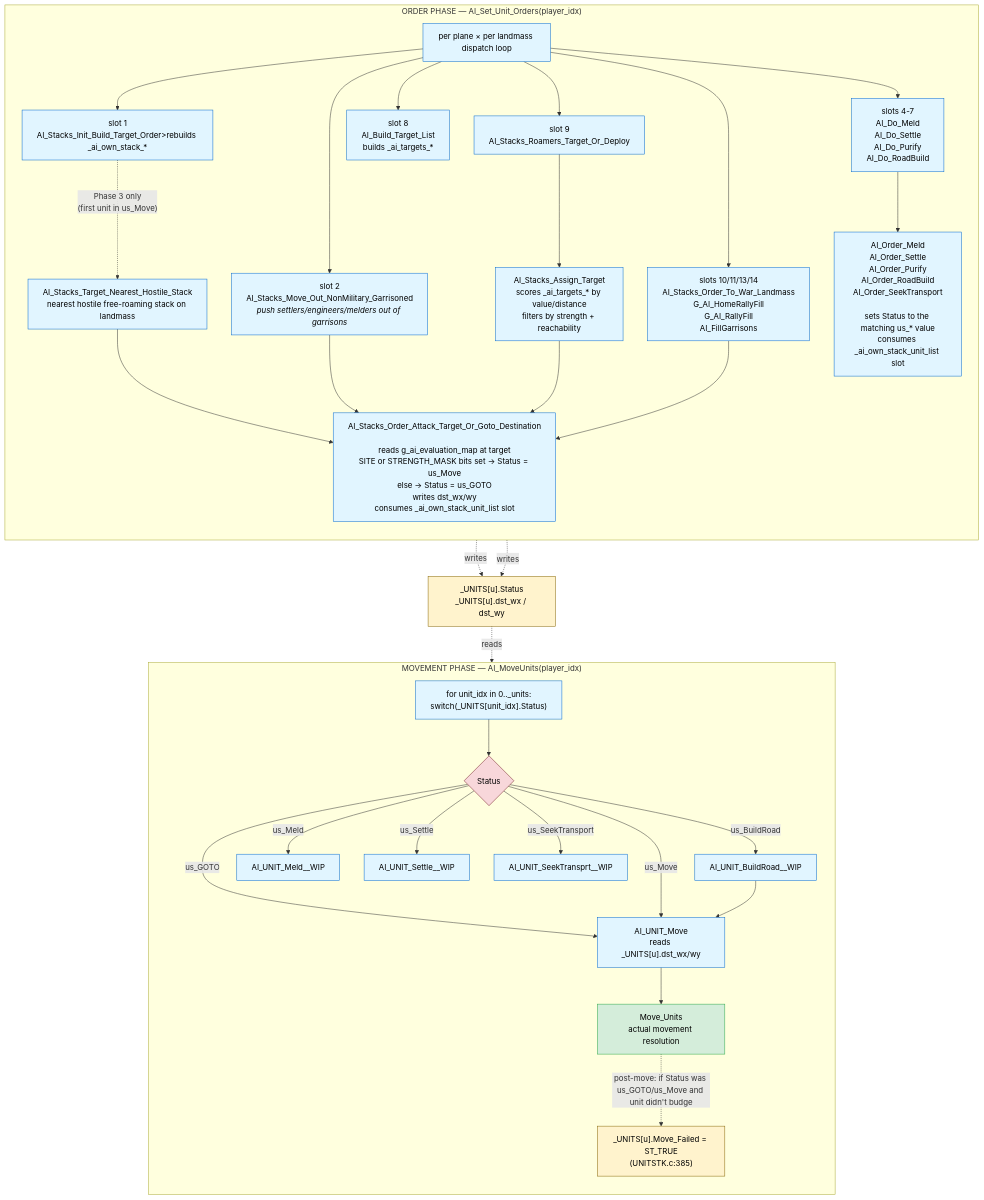
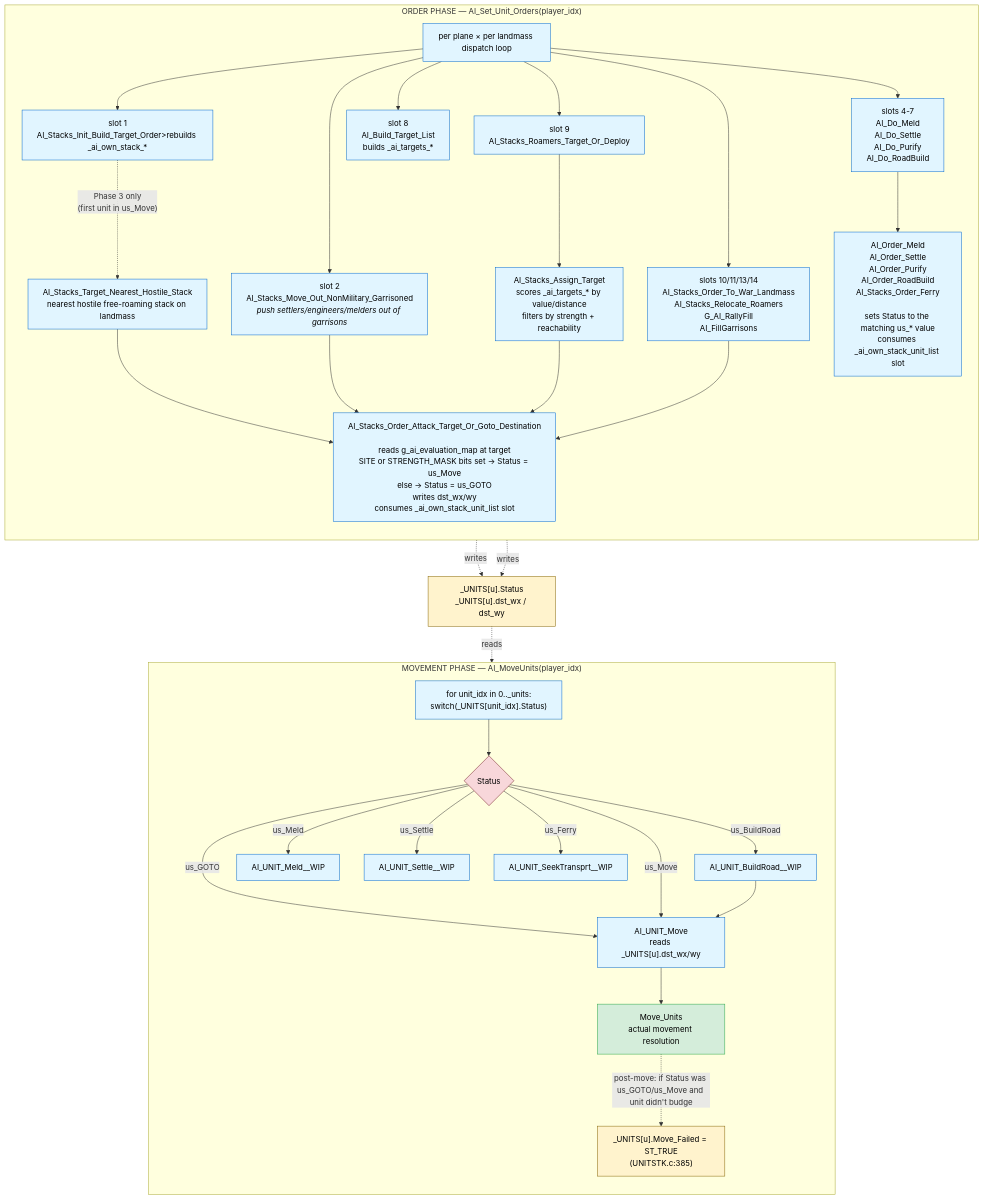
The second of 3 diagrams in doc/ComputerPlayer/AI-Turn-Diagrams.md (jbalcomb/ReMoM), drawn with Mermaid before and after one commit. The commit also changed other lines of this file and 25 other files, not shown here.

Commit message:
done-done AI_Stacks_Relocate_Roamers()

````diff
--- a/doc/ComputerPlayer/AI-Turn-Diagrams.md
+++ b/doc/ComputerPlayer/AI-Turn-Diagrams.md
@@ -39,56 +39,56 @@
 ```mermaid
 flowchart TD
     classDef phase fill:#f5f5f5,stroke:#666,stroke-width:2px,color:#000
     classDef func fill:#e1f5ff,stroke:#0066cc,color:#000
     classDef state fill:#fff3cd,stroke:#856404,color:#000
     classDef terminal fill:#d4edda,stroke:#28a745,color:#000
     classDef gate fill:#f8d7da,stroke:#721c24,color:#000
 
     subgraph PhaseOrders["ORDER PHASE — AI_Set_Unit_Orders(player_idx)"]
         direction TB
         Dispatch["per plane × per landmass dispatch loop"]:::func
 
         Dispatch --> Slot1["slot 1<br/>AI_Stacks_Init_Build_Target_Order>rebuilds _ai_own_stack_*</i>"]:::func
         Dispatch --> Slot2["slot 2<br/>AI_Stacks_Move_Out_NonMilitary_Garrisoned<br/><i>push settlers/engineers/melders out of garrisons</i>"]:::func
         Dispatch --> Slots4_7["slots 4-7<br/>AI_Do_Meld<br/>AI_Do_Settle<br/>AI_Do_Purify<br/>AI_Do_RoadBuild"]:::func
         Dispatch --> Slot8["slot 8<br/>AI_Build_Target_List<br/>builds _ai_targets_*"]:::func
         Dispatch --> Slot9["slot 9<br/>AI_Stacks_Roamers_Target_Or_Deploy"]:::func
-        Dispatch --> SlotsRally["slots 10/11/13/14<br/>AI_Stacks_Order_To_War_Landmass<br/>G_AI_HomeRallyFill<br/>G_AI_RallyFill<br/>AI_FillGarrisons"]:::func
+        Dispatch --> SlotsRally["slots 10/11/13/14<br/>AI_Stacks_Order_To_War_Landmass<br/>AI_Stacks_Relocate_Roamers<br/>G_AI_RallyFill<br/>AI_FillGarrisons"]:::func
 
         Slot1 -. "Phase 3 only<br/>(first unit in us_Move)" .-> FindNearest["AI_Stacks_Target_Nearest_Hostile_Stack<br/>nearest hostile free-roaming stack on landmass"]:::func
         FindNearest --> SetTgt
 
         Slot2 --> SetTgt
         Slot9 --> AssignTgt["AI_Stacks_Assign_Target<br/>scores _ai_targets_* by value/distance<br/>filters by strength + reachability"]:::func
         AssignTgt --> SetTgt
         SlotsRally --> SetTgt
 
         SetTgt["AI_Stacks_Order_Attack_Target_Or_Goto_Destination<br/><br/>reads g_ai_evaluation_map at target<br/>SITE or STRENGTH_MASK bits set → Status = us_Move<br/>else → Status = us_GOTO<br/>writes dst_wx/wy<br/>consumes _ai_own_stack_unit_list slot"]:::func
 
-        Slots4_7 --> OrderXxx["AI_Order_Meld<br/>AI_Order_Settle<br/>AI_Order_Purify<br/>AI_Order_RoadBuild<br/>AI_Order_SeekTransport<br/><br/>sets Status to the matching us_* value<br/>consumes _ai_own_stack_unit_list slot"]:::func
+        Slots4_7 --> OrderXxx["AI_Order_Meld<br/>AI_Order_Settle<br/>AI_Order_Purify<br/>AI_Order_RoadBuild<br/>AI_Stacks_Order_Ferry<br/><br/>sets Status to the matching us_* value<br/>consumes _ai_own_stack_unit_list slot"]:::func
     end
 
     SetTgt -. "writes" .-> UnitFields
     OrderXxx -. "writes" .-> UnitFields
 
     UnitFields["_UNITS[u].Status<br/>_UNITS[u].dst_wx / dst_wy"]:::state
 
     subgraph PhaseMove["MOVEMENT PHASE — AI_MoveUnits(player_idx)"]
         direction TB
         MoveLoop["for unit_idx in 0.._units:<br/>switch(_UNITS[unit_idx].Status)"]:::func
         MoveLoop --> StatusGate{Status}:::gate
         StatusGate -- "us_GOTO" --> UnitMove
         StatusGate -- "us_Move" --> UnitMove
         StatusGate -- "us_BuildRoad" --> BuildRoad["AI_UNIT_BuildRoad__WIP"]:::func
         BuildRoad --> UnitMove
         StatusGate -- "us_Meld" --> UnitMeld["AI_UNIT_Meld__WIP"]:::func
         StatusGate -- "us_Settle" --> UnitSettle["AI_UNIT_Settle__WIP"]:::func
-        StatusGate -- "us_SeekTransport" --> UnitSeek["AI_UNIT_SeekTransprt__WIP"]:::func
+        StatusGate -- "us_Ferry" --> UnitSeek["AI_UNIT_SeekTransprt__WIP"]:::func
 
         UnitMove["AI_UNIT_Move<br/>reads _UNITS[u].dst_wx/wy"]:::func --> MoveUnits["Move_Units<br/>actual movement resolution"]:::terminal
 
         MoveUnits -. "post-move: if Status was us_GOTO/us_Move and unit didn't budge" .-> MoveFailed["_UNITS[u].Move_Failed = ST_TRUE<br/>(UNITSTK.c:385)"]:::state
     end
 
     UnitFields -. "reads" .-> MoveLoop
 ```
````
